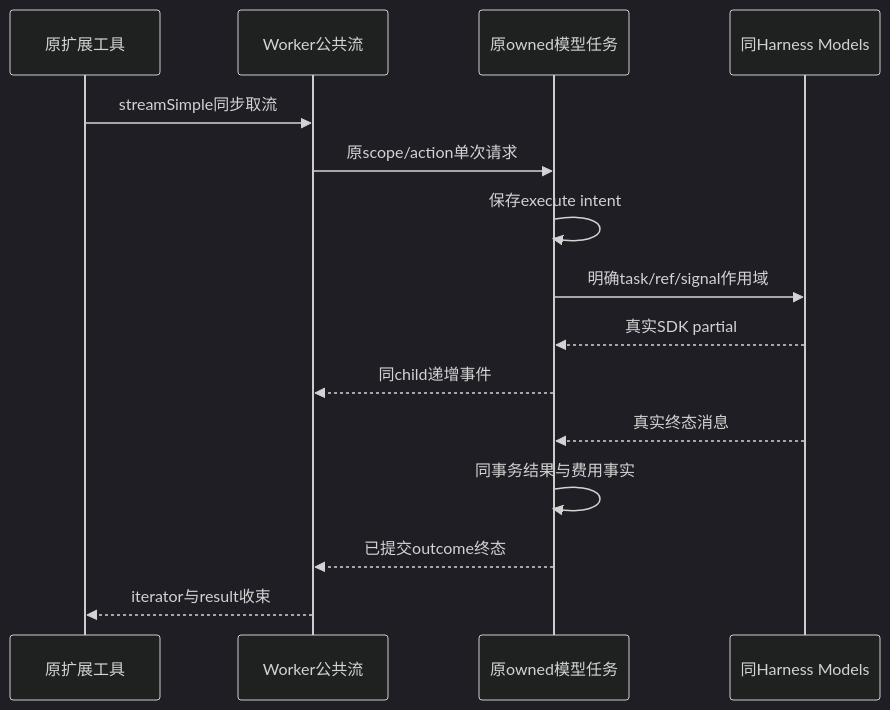
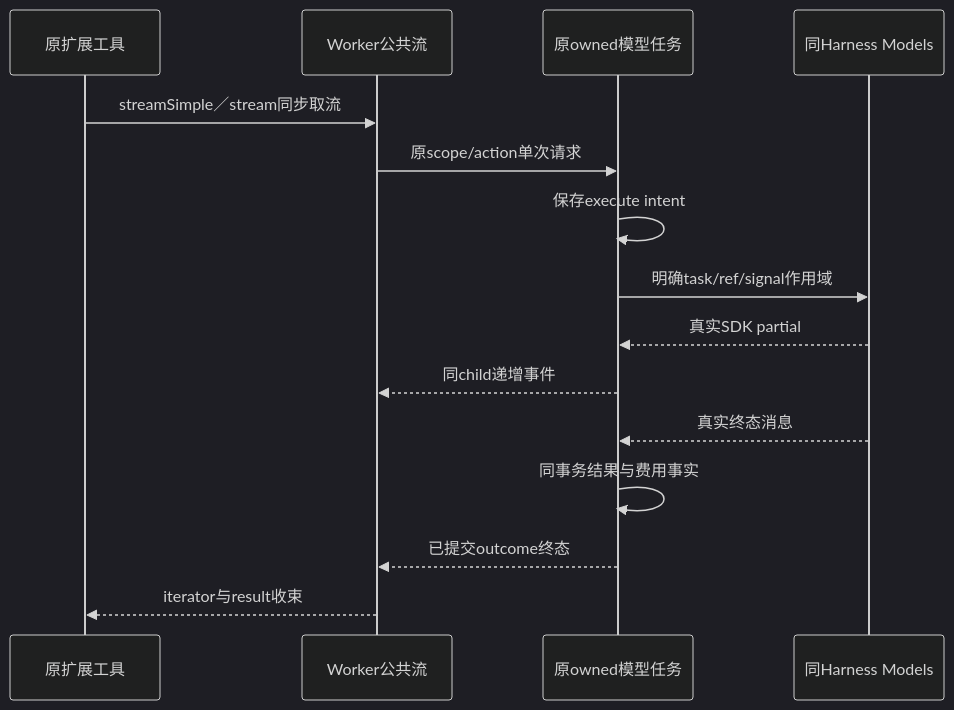
Diagram 13 of 32 in doc/架构约定.md (ssdiwu/dcode), drawn with Mermaid (dark theme) before and after one commit. The commit also changed other lines of this file and 51 other files, not shown here.

First line of the commit message:
feat: 接通扩展命令、原生流、分类图片与上下文用量

````diff
--- a/doc/架构约定.md
+++ b/doc/架构约定.md
@@ -341,17 +370,17 @@
 ```mermaid
 sequenceDiagram
   participant E as 原扩展工具
   participant W as Worker公共流
   participant T as 原owned模型任务
   participant R as 同Harness Models
-  E->>W: streamSimple同步取流
+  E->>W: streamSimple／stream同步取流
   W->>T: 原scope/action单次请求
   T->>T: 保存execute intent
   T->>R: 明确task/ref/signal作用域
   R-->>T: 真实SDK partial
   T-->>W: 同child递增事件
   R-->>T: 真实终态消息
   T->>T: 同事务结果与费用事实
   T-->>W: 已提交outcome终态
   W-->>E: iterator与result收束
 ```
````
